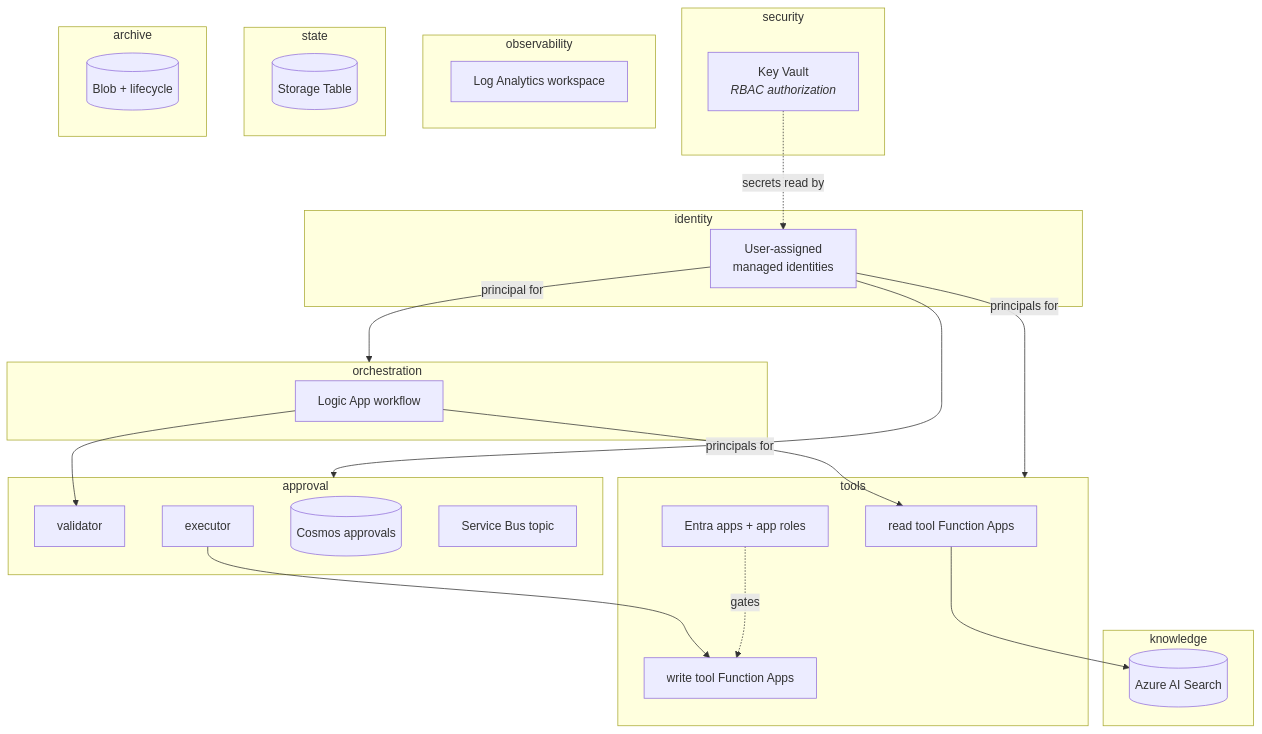
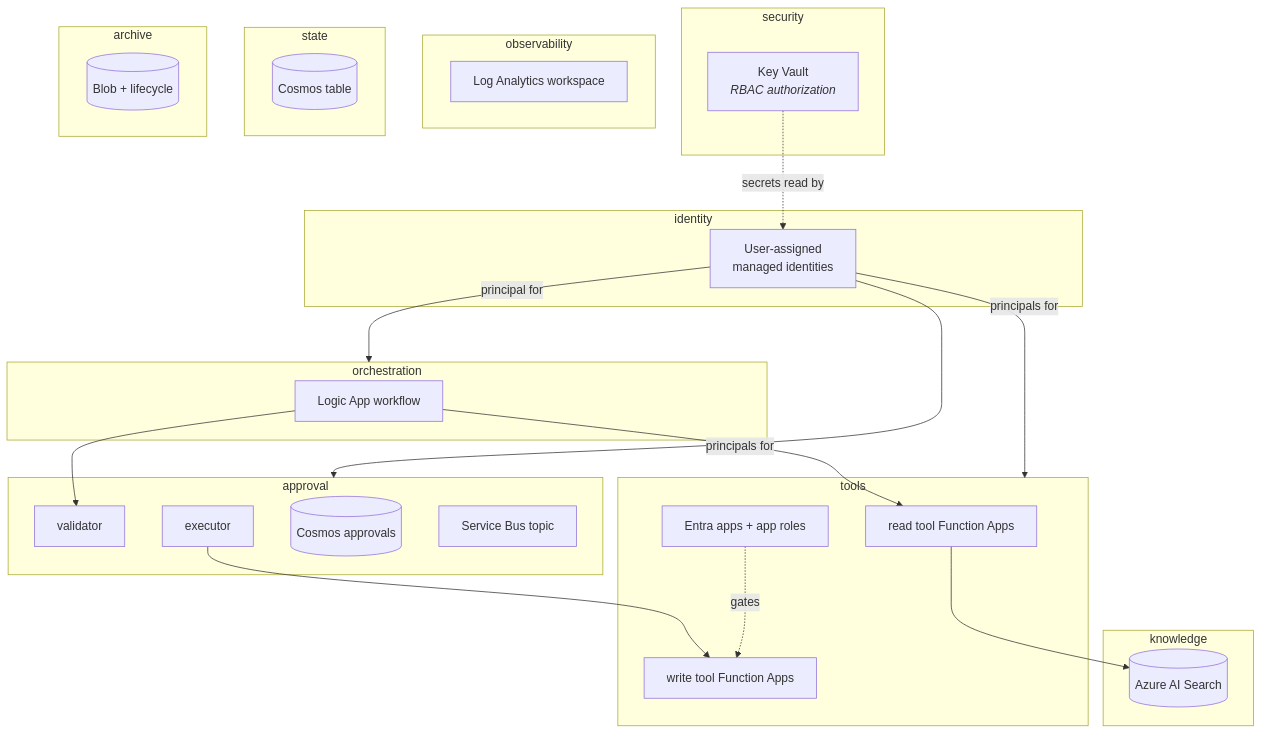
The sixth of 6 diagrams in infra/terraform-azure/ARCHITECTURE.md (somesh-ghaturle/Agentic-AI-Systems), drawn with Mermaid before and after one commit. The commit also changed other lines of this file and 92 other files, not shown here.

````diff
--- a/infra/terraform-azure/ARCHITECTURE.md
+++ b/infra/terraform-azure/ARCHITECTURE.md
@@ -423,45 +435,45 @@
 ```mermaid
 flowchart TB
     subgraph idt["identity"]
         mi["User-assigned<br/>managed identities"]
     end
     subgraph sec["security"]
         kv["Key Vault<br/><i>RBAC authorization</i>"]
     end
     subgraph tools["tools"]
         lr["read tool Function Apps"]
         lw["write tool Function Apps"]
         app["Entra apps + app roles"]
     end
     subgraph appr["approval"]
         val["validator"]
         exe["executor"]
         cos[("Cosmos approvals")]
         sb["Service Bus topic"]
     end
     subgraph orc["orchestration"]
         la["Logic App workflow"]
     end
     subgraph obs["observability"]
         law["Log Analytics workspace"]
     end
     subgraph st["state"]
-        stt[("Storage Table")]
+        stt[("Cosmos table")]
     end
     subgraph kb["knowledge"]
         srch[("Azure AI Search")]
     end
     subgraph arc["archive"]
         blob[("Blob + lifecycle")]
     end
 
     mi -->|"principals for"| tools
     mi -->|"principals for"| appr
     mi -->|"principal for"| orc
     kv -.->|"secrets read by"| mi
     la --> lr
     la --> val
     exe --> lw
     app -.->|"gates"| lw
     lr --> srch
 ```
````
